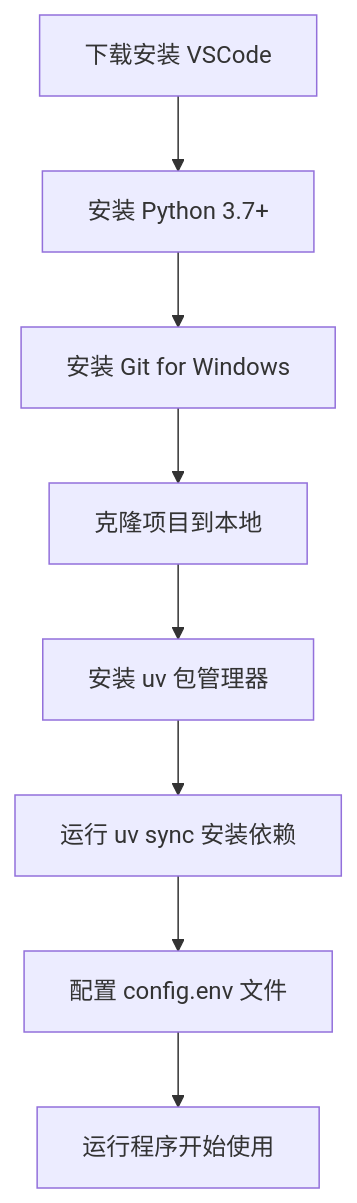
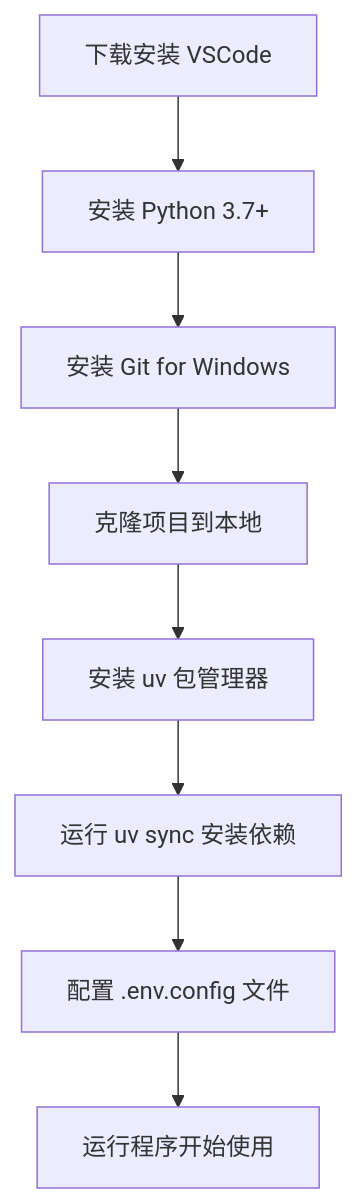
The diagram in README.md (MisonL/dify_chat_tester), drawn with Mermaid before and after one commit. The commit also changed other lines of this file and 23 other files, not shown here.

````diff
--- a/README.md
+++ b/README.md
@@ -235,10 +239,10 @@
 ```mermaid
 graph TD
     A[下载安装 VSCode] --> B[安装 Python 3.7+]
     B --> C[安装 Git for Windows]
     C --> D[克隆项目到本地]
     D --> E[安装 uv 包管理器]
     E --> F[运行 uv sync 安装依赖]
-    F --> G[配置 config.env 文件]
+    F --> G[配置 .env.config 文件]
     G --> H[运行程序开始使用]
 ```
````
